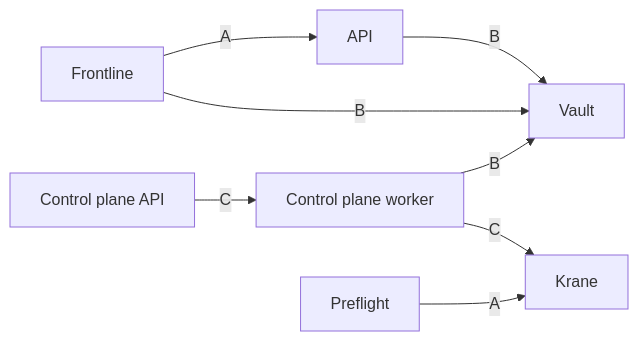
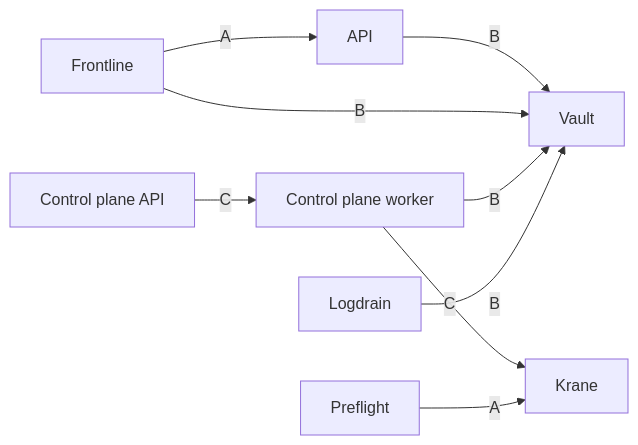
The diagram in docs/engineering/architecture/index.mdx (unkeyed/unkey), drawn with Mermaid before and after one commit. The commit also changed other lines of this file and 8 other files, not shown here.

````diff
--- a/docs/engineering/architecture/index.mdx
+++ b/docs/engineering/architecture/index.mdx
@@ -10,20 +10,23 @@
 ```mermaid
 flowchart LR
   Frontline[Frontline]
   API[API]
   Vault[Vault]
   ControlAPI[Control plane API]
   ControlWorker[Control plane worker]
   Krane[Krane]
   Preflight[Preflight]
 
   Frontline -->|A| API
   API -->|B| Vault
   Frontline -->|B| Vault
 
   ControlAPI -->|C| ControlWorker
   ControlWorker -->|C| Krane
   ControlWorker -->|B| Vault
 
   Preflight -->|A| Krane
+
+  Logdrain[Logdrain]
+  Logdrain -->|B| Vault
 ```
````
